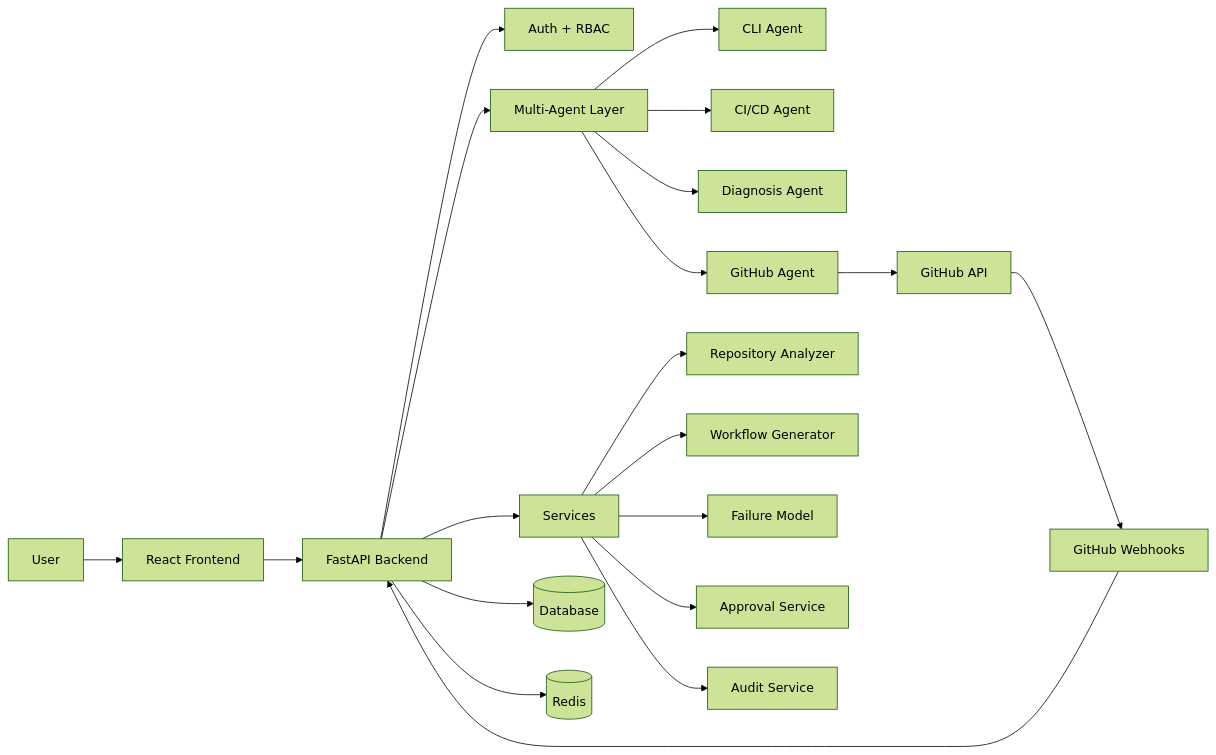
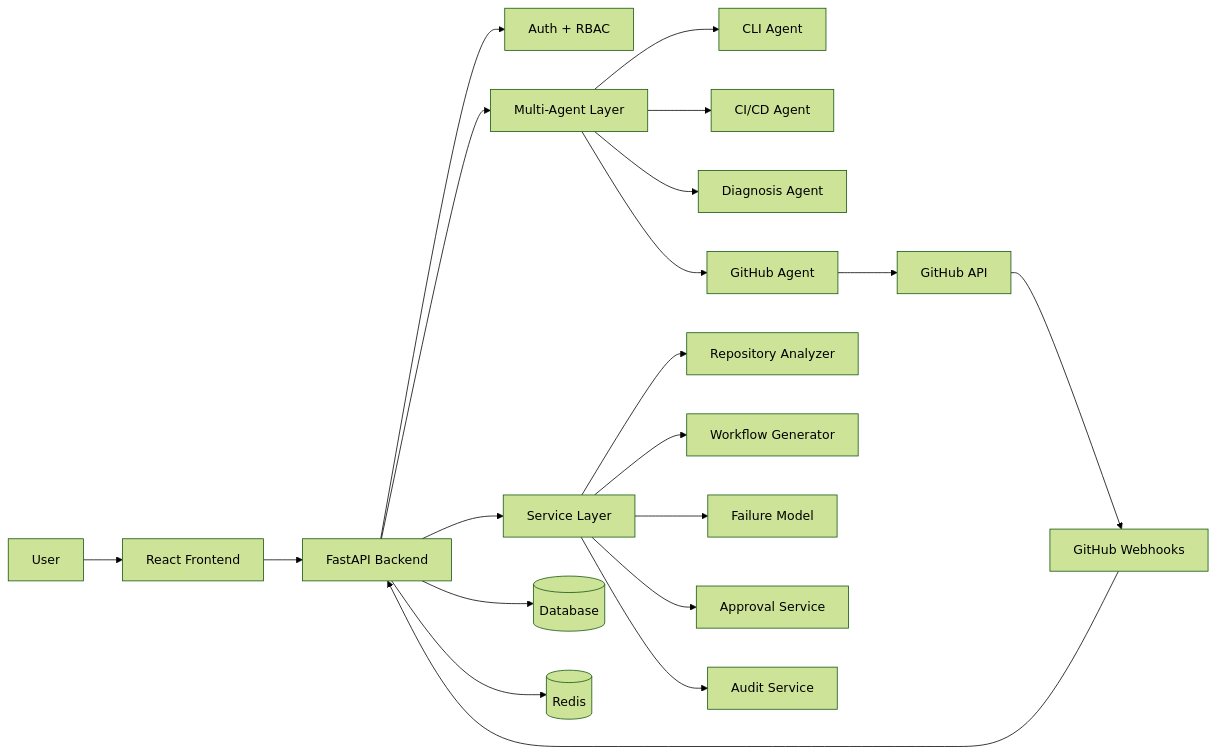
The diagram in README.md (Malithi2001/Autonomous-Infrastructure-Provisioning-and-Delivery-via-Agentic-AI), drawn with Mermaid (forest theme) before and after one commit. The commit also changed other lines of this file and 95 other files, not shown here.

````diff
--- a/README.md
+++ b/README.md
@@ -42,25 +43,25 @@
 ```mermaid
 flowchart LR
     User[User] --> UI[React Frontend]
     UI --> API[FastAPI Backend]
     API --> Auth[Auth + RBAC]
     API --> Agents[Multi-Agent Layer]
-    API --> Services[Services]
+    API --> Services[Service Layer]
     API --> DB[(Database)]
     API --> Redis[(Redis)]
 
     Agents --> CLI[CLI Agent]
     Agents --> CICD[CI/CD Agent]
     Agents --> Diagnosis[Diagnosis Agent]
     Agents --> GitHubAgent[GitHub Agent]
 
     Services --> Analyzer[Repository Analyzer]
     Services --> Generator[Workflow Generator]
     Services --> Model[Failure Model]
     Services --> Approval[Approval Service]
     Services --> Audit[Audit Service]
 
     GitHubAgent --> GitHub[GitHub API]
     GitHub --> Webhook[GitHub Webhooks]
     Webhook --> API
 ```
````
